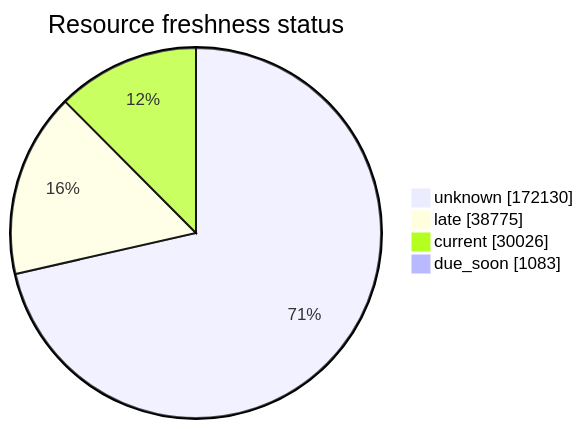
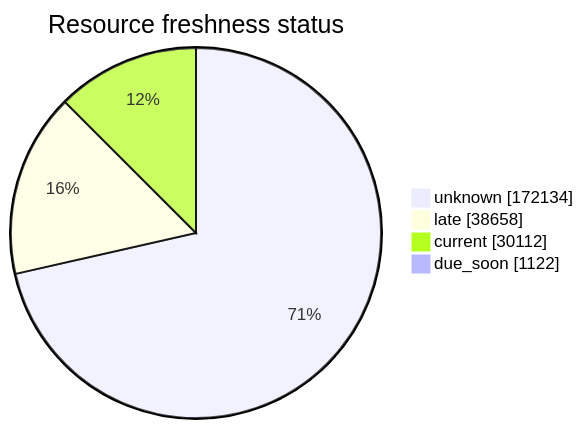
Before and after one commit to open-data/analytics-corporate-reporting: the third of 5 diagrams in FreshCheck/README.md, drawn with Mermaid. The commit also changed other lines of this file and 3 other files, not shown here.

````diff
--- a/FreshCheck/README.md
+++ b/FreshCheck/README.md
@@ -77,7 +77,7 @@
 ```mermaid
 pie showData title Resource freshness status
-    "unknown": 172130
-    "late": 38775
-    "current": 30026
-    "due_soon": 1083
+    "unknown": 172134
+    "late": 38658
+    "current": 30112
+    "due_soon": 1122
 ```
````
